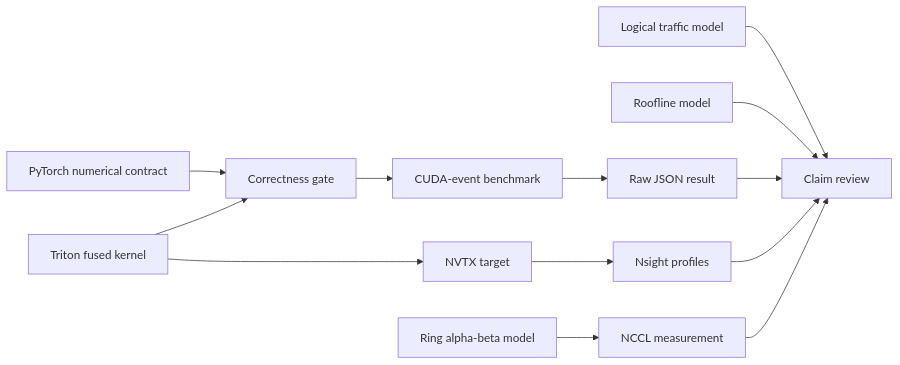
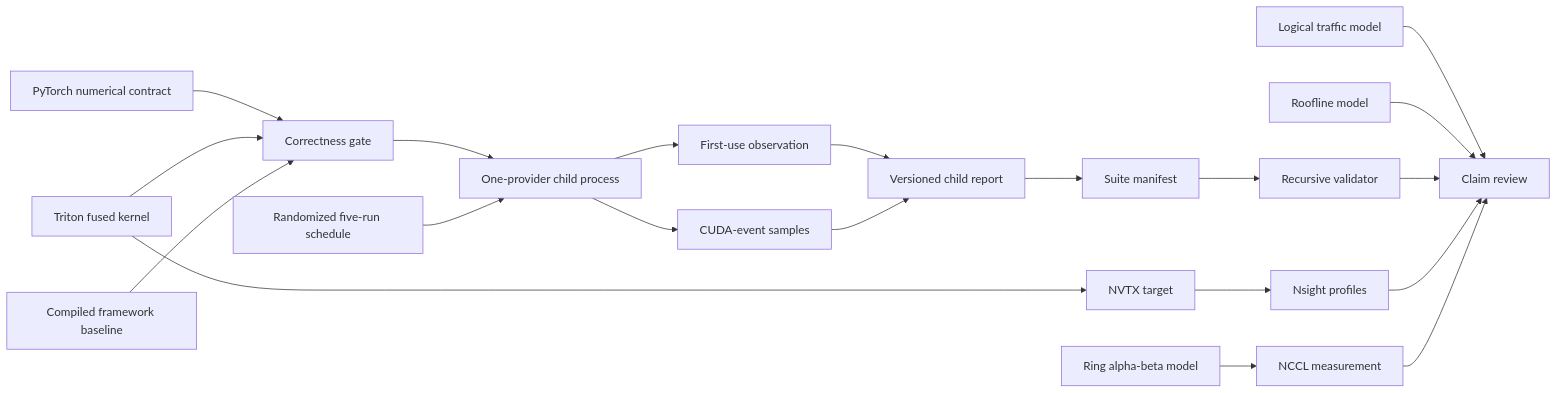
The diagram in docs/architecture.md (edcadet10/gpu-systems-lab), drawn with Mermaid before and after one commit. The commit also changed other lines of this file and 35 other files, not shown here.

````diff
--- a/docs/architecture.md
+++ b/docs/architecture.md
@@ -7,15 +7,22 @@
 ```mermaid
 flowchart LR
     Contract[PyTorch numerical contract] --> Gate[Correctness gate]
     Triton[Triton fused kernel] --> Gate
-    Gate --> Bench[CUDA-event benchmark]
-    Bench --> JSON[Raw JSON result]
+    Compiler[Compiled framework baseline] --> Gate
+    Gate --> Child[One-provider child process]
+    Child --> First[First-use observation]
+    Child --> Bench[CUDA-event samples]
+    First --> JSON[Versioned child report]
+    Bench --> JSON
+    Schedule[Randomized five-run schedule] --> Child
+    JSON --> Manifest[Suite manifest]
+    Manifest --> Validate[Recursive validator]
     Triton --> NVTX[NVTX target]
     NVTX --> Nsight[Nsight profiles]
     Traffic[Logical traffic model] --> Review[Claim review]
     Roofline[Roofline model] --> Review
-    JSON --> Review
+    Validate --> Review
     Nsight --> Review
     Ring[Ring alpha-beta model] --> Dist[NCCL measurement]
     Dist --> Review
 ```
````
